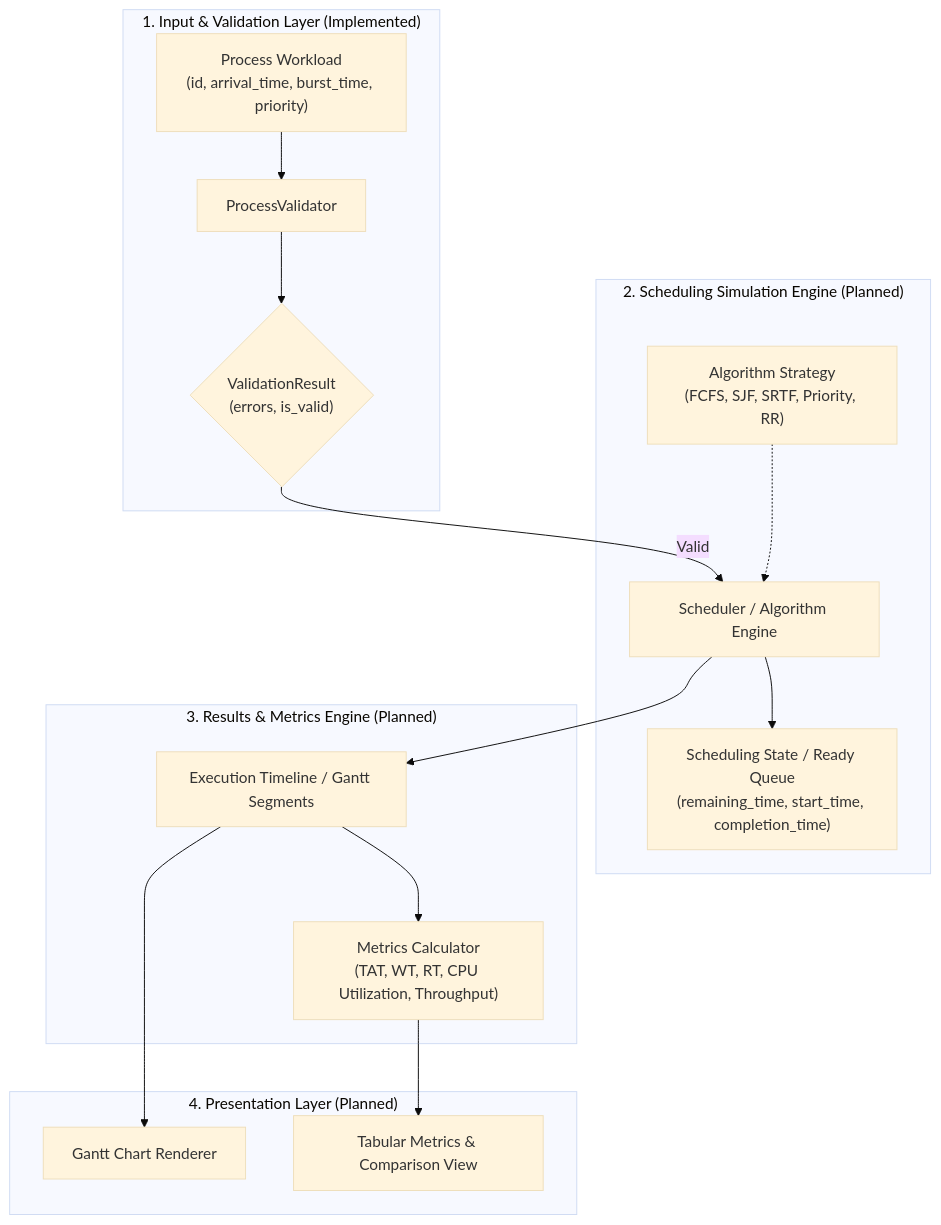
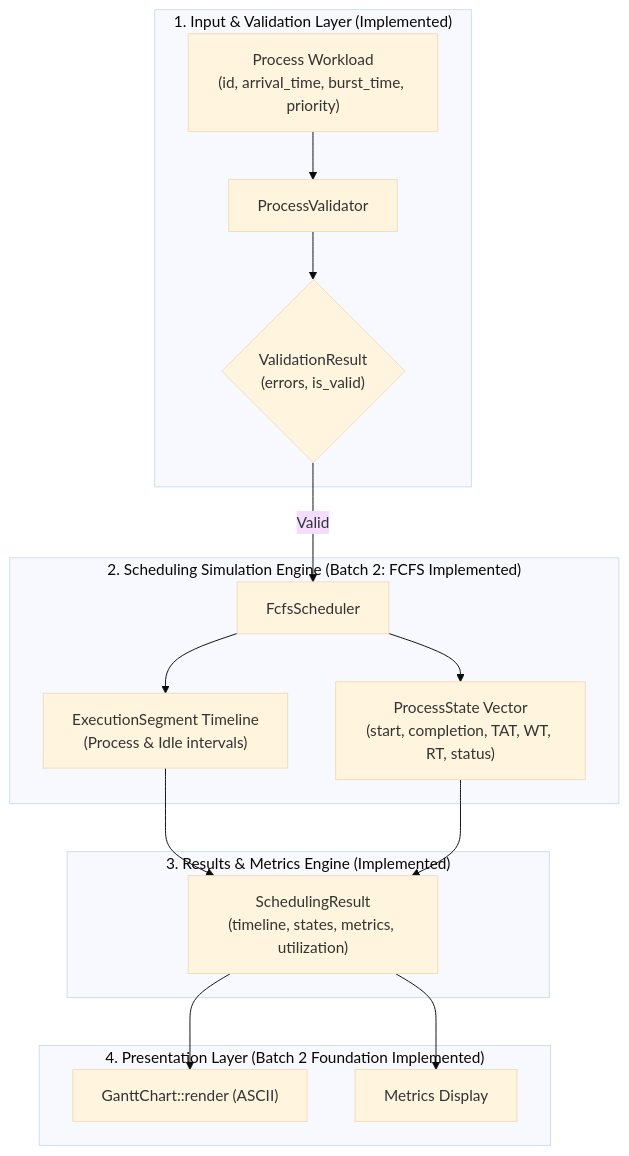
One commit to ThunderSkull7/cpu-scheduling-simulator changed the diagram in docs/ARCHITECTURE.md. Above: the diagram before and after it, drawn with Mermaid (base theme). The commit also changed other lines of this file and 15 other files, not shown here.

Commit message:
feat: implement FCFS scheduling algorithm, metrics, and Gantt chart

````diff
--- a/docs/ARCHITECTURE.md
+++ b/docs/ARCHITECTURE.md
@@ -15,23 +16,22 @@
 ```mermaid
 flowchart TD
     subgraph InputLayer["1. Input & Validation Layer (Implemented)"]
         RawWorkload["Process Workload\n(id, arrival_time, burst_time, priority)"] --> Validator["ProcessValidator"]
         Validator --> ValidationResult{"ValidationResult\n(errors, is_valid)"}
     end
 
-    subgraph SimulationLayer["2. Scheduling Simulation Engine (Planned)"]
-        ValidationResult -->|Valid| Engine["Scheduler / Algorithm Engine"]
-        Engine --> State["Scheduling State / Ready Queue\n(remaining_time, start_time, completion_time)"]
-        AlgorithmStrategy["Algorithm Strategy\n(FCFS, SJF, SRTF, Priority, RR)"] -.-> Engine
+    subgraph SimulationLayer["2. Scheduling Simulation Engine (Batch 2: FCFS Implemented)"]
+        ValidationResult -->|Valid| Fcfs["FcfsScheduler"]
+        Fcfs --> ProcessState["ProcessState Vector\n(start, completion, TAT, WT, RT, status)"]
+        Fcfs --> Timeline["ExecutionSegment Timeline\n(Process & Idle intervals)"]
     end
 
-    subgraph AnalyticsLayer["3. Results & Metrics Engine (Planned)"]
-        Engine --> ScheduleTimeline["Execution Timeline / Gantt Segments"]
-        ScheduleTimeline --> MetricsCalc["Metrics Calculator\n(TAT, WT, RT, CPU Utilization, Throughput)"]
+    subgraph AnalyticsLayer["3. Results & Metrics Engine (Implemented)"]
+        Timeline & ProcessState --> SchedulingResult["SchedulingResult\n(timeline, states, metrics, utilization)"]
     end
 
-    subgraph PresentationLayer["4. Presentation Layer (Planned)"]
-        ScheduleTimeline --> GanttRenderer["Gantt Chart Renderer"]
-        MetricsCalc --> MetricsReport["Tabular Metrics & Comparison View"]
+    subgraph PresentationLayer["4. Presentation Layer (Batch 2 Foundation Implemented)"]
+        SchedulingResult --> GanttChart["GanttChart::render (ASCII)"]
+        SchedulingResult --> CliMetrics["Metrics Display"]
     end
 ```
````
